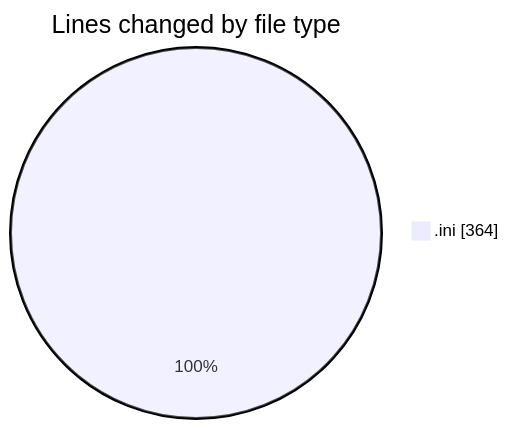
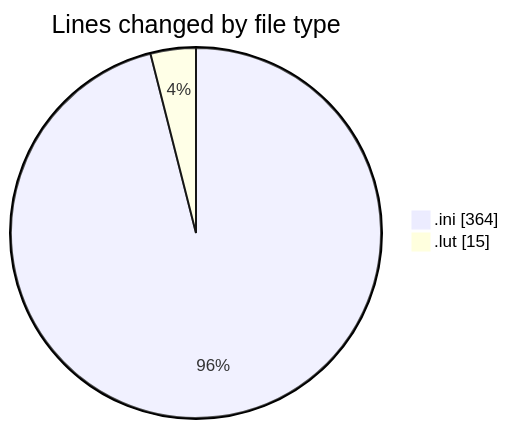
Before and after one commit to Netris89/code-tracking: the first of 2 diagrams in 2025-07-09/data/README.md, drawn with Mermaid. The commit also changed other lines of this file and 1 other file, not shown here.

````diff
--- a/2025-07-09/data/README.md
+++ b/2025-07-09/data/README.md
@@ -20,5 +21,6 @@
 ```mermaid
 pie showData
 title Lines changed by file type
 ".ini" : 364
+".lut" : 15
 ```
````
